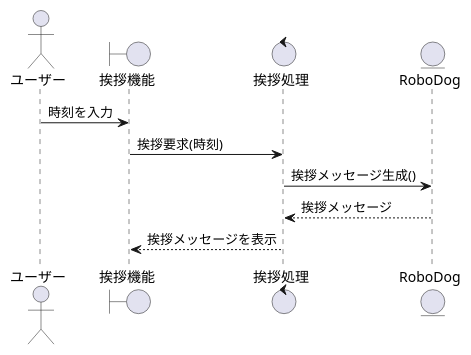
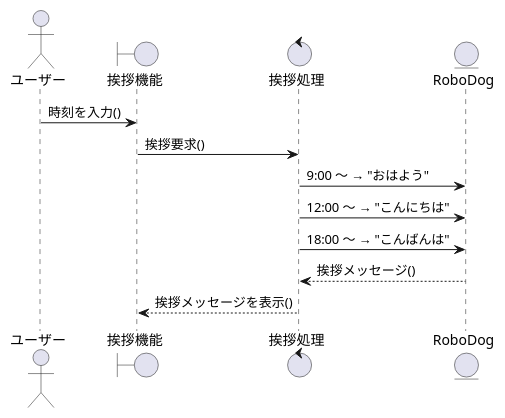
The diagram in group/06_robo_dog_3/シーケンス図/sequence_hello.pu (ko246/ohara_uml), drawn with PlantUML before and after one commit. The commit also changed 2 other files, not shown here.

Commit message:
sequence処理の修正

```diff
--- a/group/06_robo_dog_3/シーケンス図/sequence_hello.pu
+++ b/group/06_robo_dog_3/シーケンス図/sequence_hello.pu
@@ -1,14 +1,18 @@
 @startuml
 
 actor ユーザー as User
 boundary 挨拶機能 as GreetingUI
 control 挨拶処理 as GreetingCtrl
 entity RoboDog as RoboDog
 
-User -> GreetingUI : 時刻を入力
-GreetingUI -> GreetingCtrl : 挨拶要求(時刻)
-GreetingCtrl -> RoboDog : 挨拶メッセージ生成()
-RoboDog --> GreetingCtrl : 挨拶メッセージ
-GreetingCtrl --> GreetingUI : 挨拶メッセージを表示
+User -> GreetingUI : 時刻を入力()
+GreetingUI -> GreetingCtrl : 挨拶要求()
+GreetingCtrl -> RoboDog : 9:00 〜 → "おはよう"
+GreetingCtrl -> RoboDog : 12:00 〜 → "こんにちは"
+GreetingCtrl -> RoboDog : 18:00 〜 → "こんばんは"
+
+' 表示画面を作るかは検討中
+RoboDog --> GreetingCtrl : 挨拶メッセージ()
+GreetingCtrl --> GreetingUI : 挨拶メッセージを表示()
 
 @enduml
```
